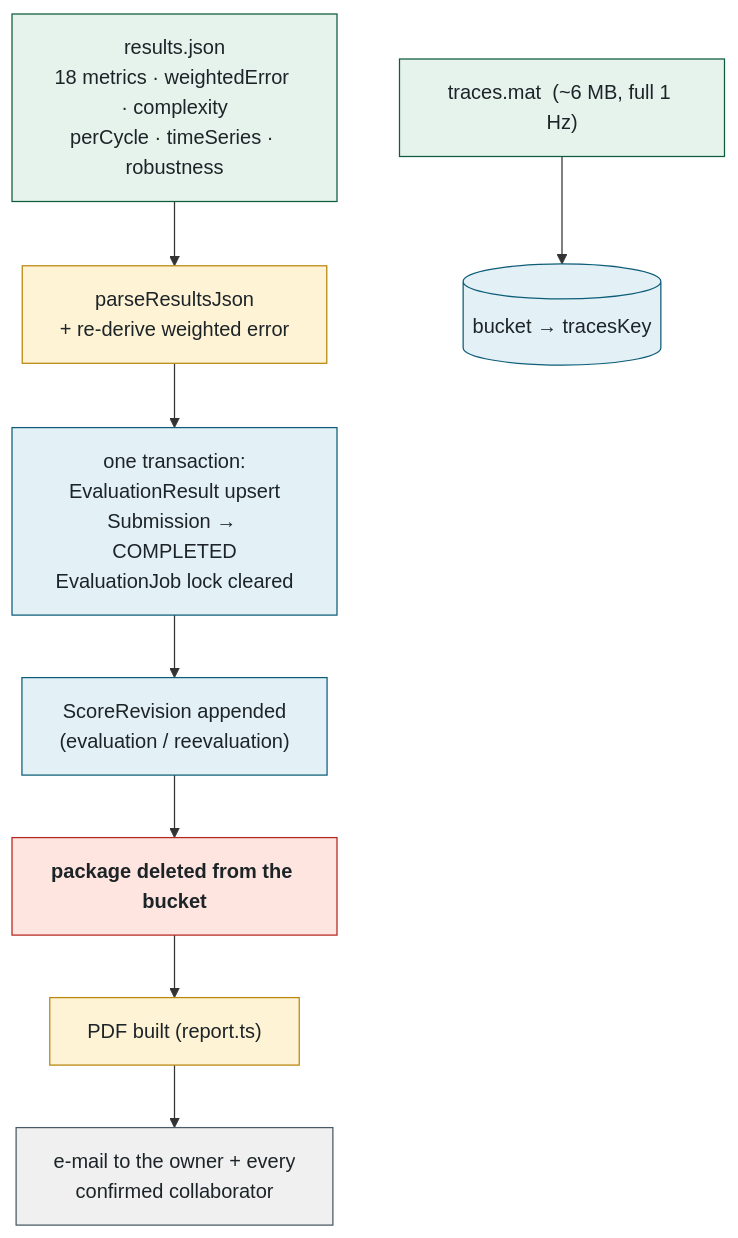
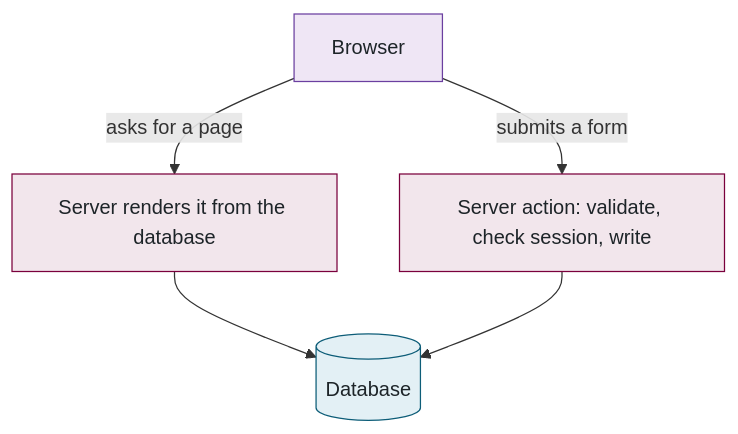
One commit to McMaster-Battery-Research-Group/battery-soc-benchmark changed diagram 11 of 15 in docs/walkthrough/ALL-IN-ONE.md. Above: the diagram before and after it, drawn with Mermaid. The commit also changed other lines of this file and 53 other files, not shown here.

Commit message:
Walkthrough: rewritten shorter and plainer — 12 parts, 15 flat diagrams, glossary and reference tables at the back, no icons

````diff
--- a/docs/walkthrough/ALL-IN-ONE.md
+++ b/docs/walkthrough/ALL-IN-ONE.md
@@ -558,20 +345,13 @@
 ```mermaid
 flowchart TB
-    RJ["results.json<br/>18 metrics · weightedError · complexity<br/>perCycle · timeSeries · robustness"] --> P["parseResultsJson<br/>+ re-derive weighted error"]
-    TM["traces.mat  (~6 MB, full 1 Hz)"] --> BK[("bucket → tracesKey")]
-    P --> TX["one transaction:<br/>EvaluationResult upsert<br/>Submission → COMPLETED<br/>EvaluationJob lock cleared"]
-    TX --> H["ScoreRevision appended<br/>(evaluation / reevaluation)"]
-    H --> DEL["<b>package deleted from the bucket</b>"]
-    DEL --> PDF["PDF built (report.ts)"]
-    PDF --> M["e-mail to the owner + every<br/>confirmed collaborator"]
-    classDef sandbox fill:#E6F2EC,stroke:#0E5B3D,color:#1d2428
-    classDef worker fill:#FFF3D6,stroke:#B8860B,color:#1d2428
+    B["Browser"] -- "asks for a page" --> P["Server renders it from the database"]
+    B -- "submits a form" --> A["Server action: validate, check session, write"]
+    P --> D[("Database")]
+    A --> D
+    classDef person fill:#EFE6F5,stroke:#6B3FA0,color:#1d2428
+    classDef web fill:#F2E6EC,stroke:#7A003C,color:#1d2428
     classDef data fill:#E3F0F5,stroke:#0D5D78,color:#1d2428
-    classDef danger fill:#FFE5DF,stroke:#B3261E,color:#1d2428
-    classDef ext fill:#F0F0F0,stroke:#495965,color:#1d2428
-    class RJ,TM sandbox
-    class P,PDF worker
-    class BK,TX,H data
-    class DEL danger
-    class M ext
+    class B person
+    class P,A web
+    class D data
 ```
````
